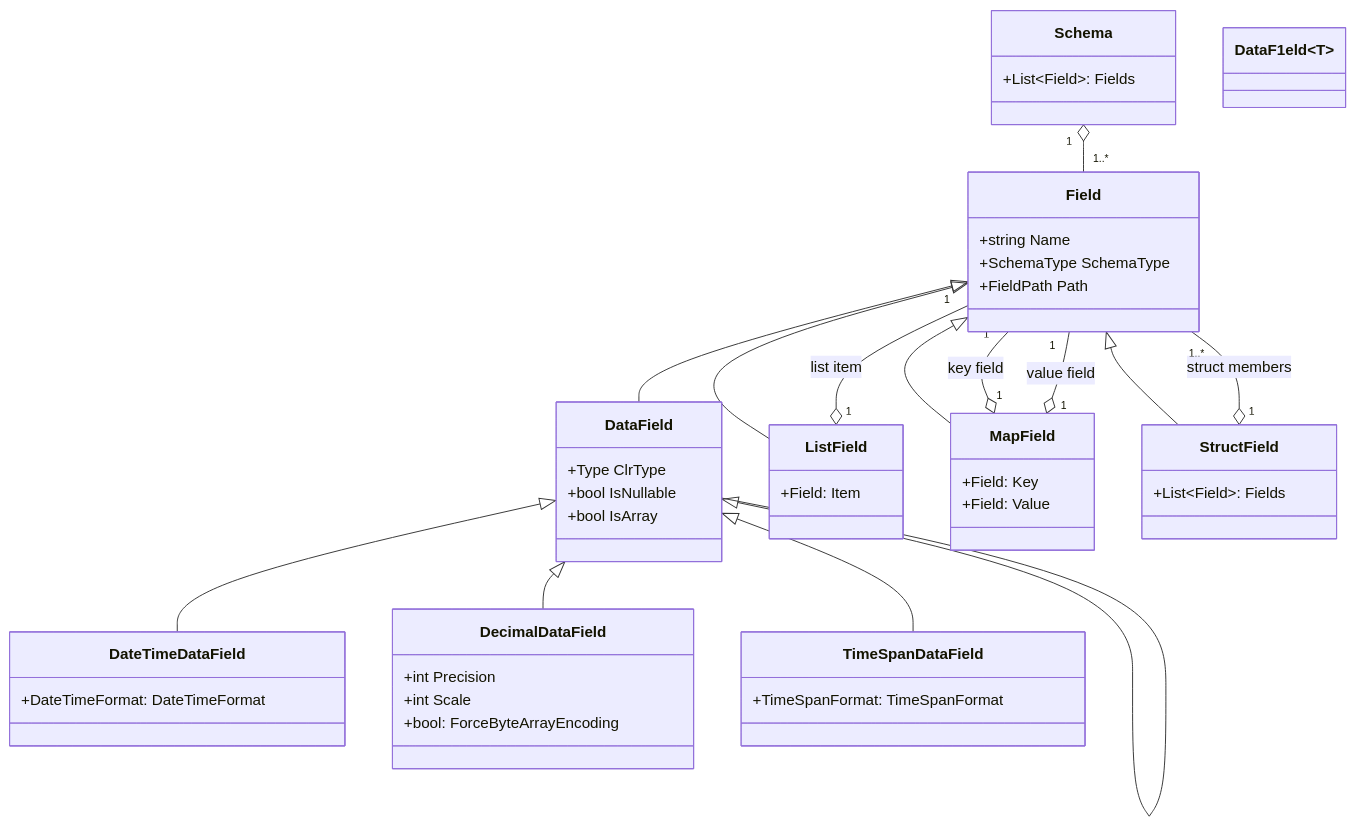
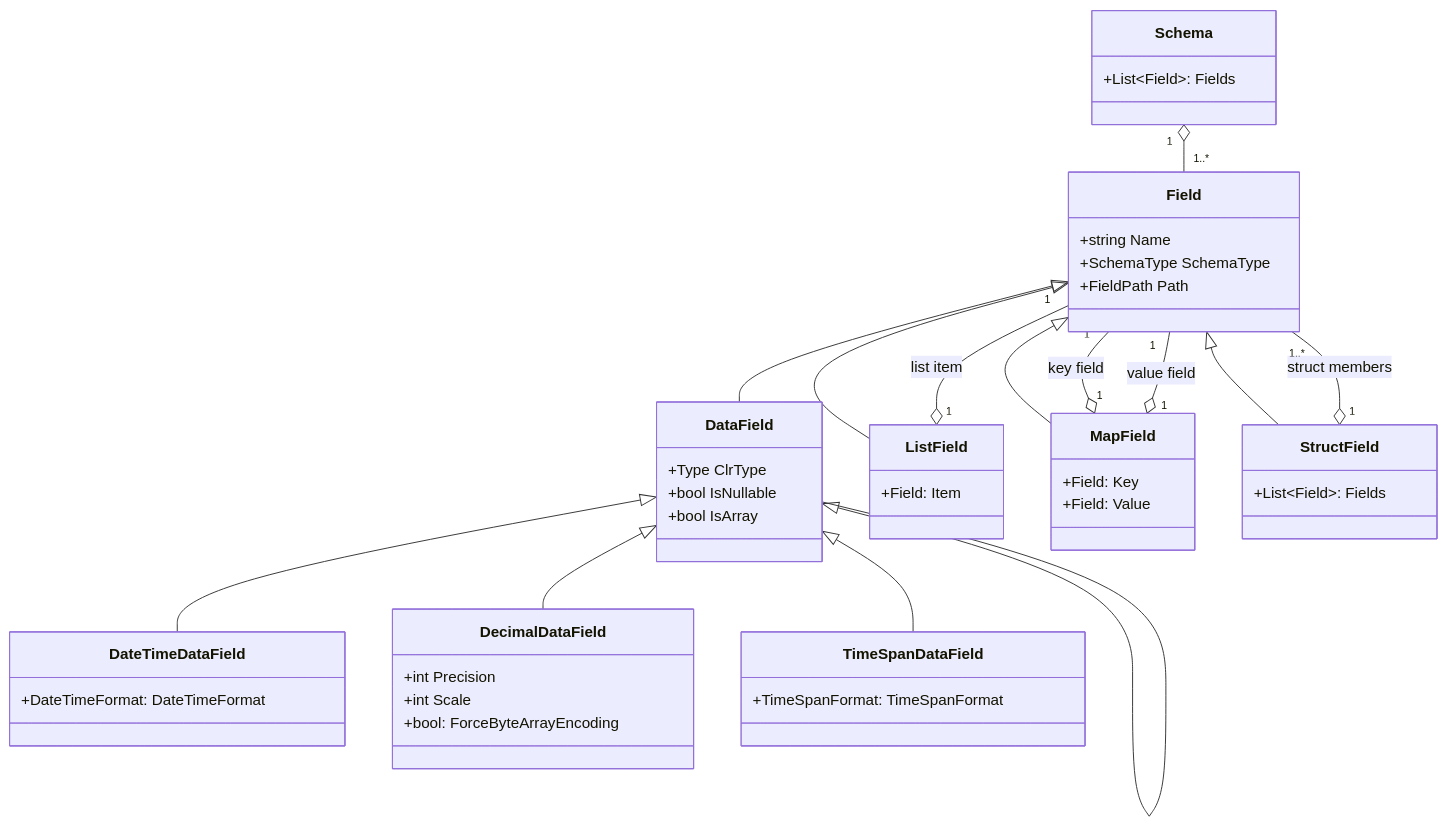
The first of 2 diagrams in docs/schema.md (aloneguid/parquet-dotnet), drawn with Mermaid before and after one commit. The commit also changed other lines of this file and 45 other files, not shown here.

````diff
--- a/docs/schema.md
+++ b/docs/schema.md
@@ -35,67 +34,67 @@
 ```mermaid
 classDiagram
     Schema "1" o-- "1..*" Field
     Field <|-- DataField
     DataField <|-- DataField~T~
     DataField <|-- DateTimeDataField
     DataField <|-- DecimalDataField
     DataField <|-- TimeSpanDataField
     
     Field <|-- ListField
     Field "1" --o "1" ListField: list item
 
     Field <|-- MapField
     Field "1" --o "1" MapField: key field
     Field "1" --o "1" MapField: value field
 
     Field <|-- StructField
     Field "1..*" --o "1" StructField: struct members
 
 
     class Schema {
         +List~Field~: Fields
     }
 
     class Field {
         +string Name
         +SchemaType SchemaType
         +FieldPath Path
     }
 
     class DataField {
         +Type ClrType
         +bool IsNullable
         +bool IsArray
     }
 
-    class DataF1eld~T~{
+    class DataField~T~{
         
     }
 
     class DateTimeDataField {
         +DateTimeFormat: DateTimeFormat
     }
 
     class DecimalDataField {
         +int Precision
         +int Scale
         +bool: ForceByteArrayEncoding
     }
 
     class TimeSpanDataField {
         +TimeSpanFormat: TimeSpanFormat
     }
 
     class ListField {
         +Field: Item
     }
 
     class MapField {
         +Field: Key
         +Field: Value
     }
 
     class StructField {
         +List~Field~: Fields
     }
 ```
````
